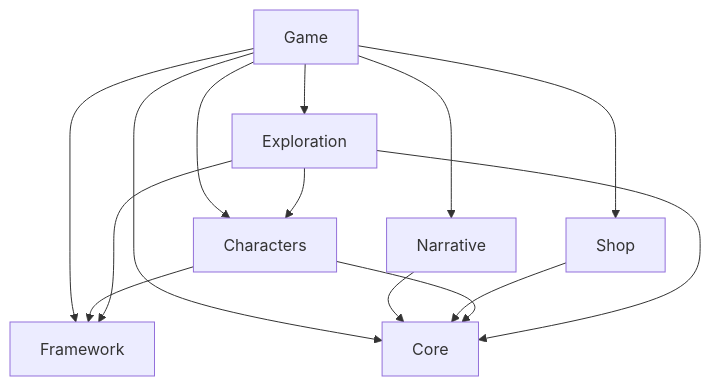
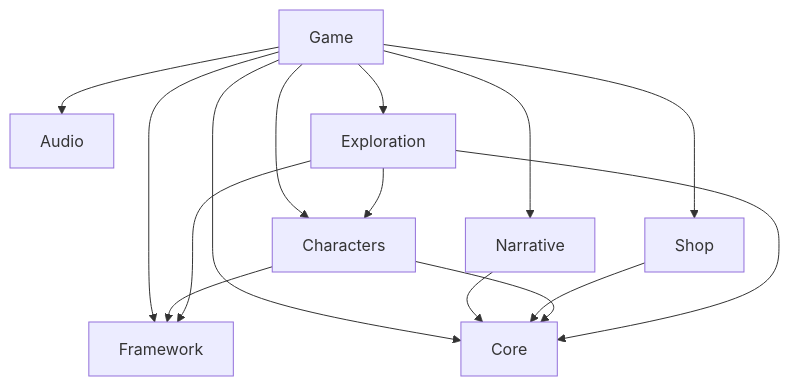
Before and after one commit to jakeschlackman/pawnshopgame: the diagram in ARCHITECTURE.md, drawn with Mermaid. The commit also changed other lines of this file and 102 other files, not shown here.

````diff
--- a/ARCHITECTURE.md
+++ b/ARCHITECTURE.md
@@ -67,16 +68,17 @@
 ```mermaid
 flowchart TD
     Game --> Framework
+    Game --> Audio
     Game --> Core
     Game --> Narrative
     Game --> Characters
     Game --> Shop
     Game --> Exploration
     Narrative --> Core
     Shop --> Core
     Characters --> Core
     Characters --> Framework
     Exploration --> Core
     Exploration --> Characters
     Exploration --> Framework
 ```
````
